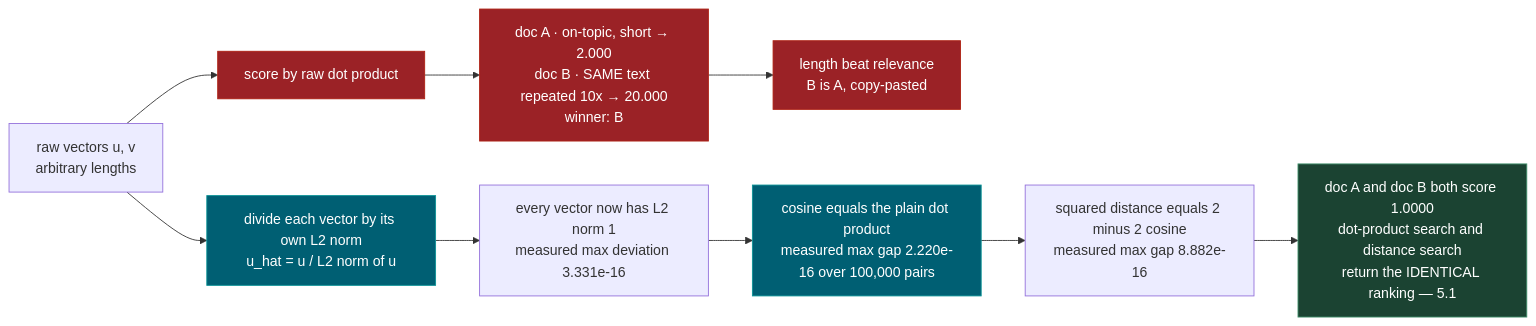
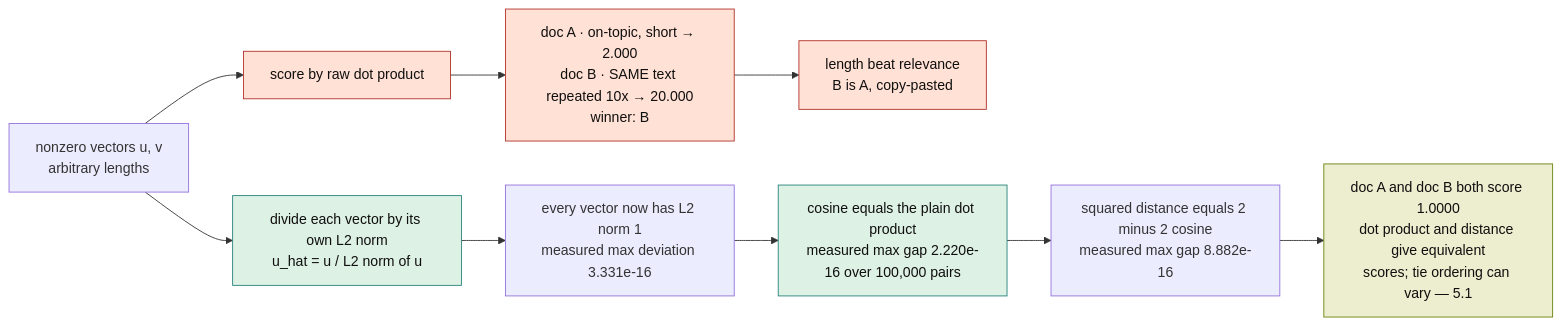
The seventh of 8 diagrams in course-path/phase-1-math-foundations/01_vectors_vector_spaces_norms.md (madhankumar-chiluveri/ai-ml-course), drawn with Mermaid before and after one commit. The commit also changed other lines of this file and 41 other files, not shown here.

````diff
--- a/course-path/phase-1-math-foundations/01_vectors_vector_spaces_norms.md
+++ b/course-path/phase-1-math-foundations/01_vectors_vector_spaces_norms.md
@@ -267,22 +309,21 @@
 ```mermaid
 flowchart LR
-    RAW["raw vectors u, v<br>arbitrary lengths"]
+    RAW["nonzero vectors u, v<br>arbitrary lengths"]
 
     RAW --> BAD["score by raw dot product"]
     RAW --> NORM["divide each vector by its own L2 norm<br>u_hat = u / L2 norm of u"]
 
     BAD --> BADR["doc A · on-topic, short → 2.000<br>doc B · SAME text repeated 10x → 20.000<br>winner: B"]
     BADR --> BADW["length beat relevance<br>B is A, copy-pasted"]
 
     NORM --> ONE["every vector now has L2 norm 1<br>measured max deviation 3.331e-16"]
     ONE --> GOOD["cosine equals the plain dot product<br>measured max gap 2.220e-16 over 100,000 pairs"]
     GOOD --> GOOD2["squared distance equals 2 minus 2 cosine<br>measured max gap 8.882e-16"]
-    GOOD2 --> WIN["doc A and doc B both score 1.0000<br>dot-product search and distance search<br>return the IDENTICAL ranking — 5.1"]
-
-    style BAD fill:#9b2226,stroke:#ae2012,color:#fff
-    style BADR fill:#9b2226,stroke:#ae2012,color:#fff
-    style BADW fill:#9b2226,stroke:#ae2012,color:#fff
-    style NORM fill:#005f73,stroke:#0a9396,color:#fff
-    style GOOD fill:#005f73,stroke:#0a9396,color:#fff
-    style WIN fill:#1b4332,stroke:#40916c,color:#fff
+    GOOD2 --> WIN["doc A and doc B both score 1.0000<br>dot product and distance give equivalent<br>scores; tie ordering can vary — 5.1"]
+    class BAD,BADR,BADW err
+    classDef err fill:#FFE1D5,stroke:#AF3029,color:#100F0F
+    class NORM,GOOD proc
+    classDef proc fill:#DDF1E4,stroke:#24837B,color:#100F0F
+    class WIN ok
+    classDef ok fill:#EDEECF,stroke:#66800B,color:#100F0F
 ```
````
